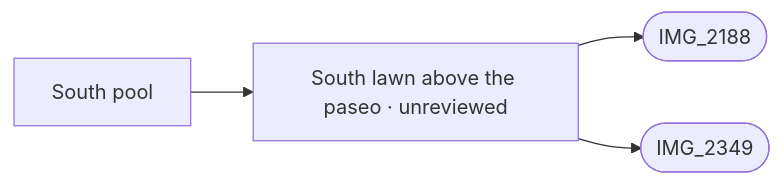
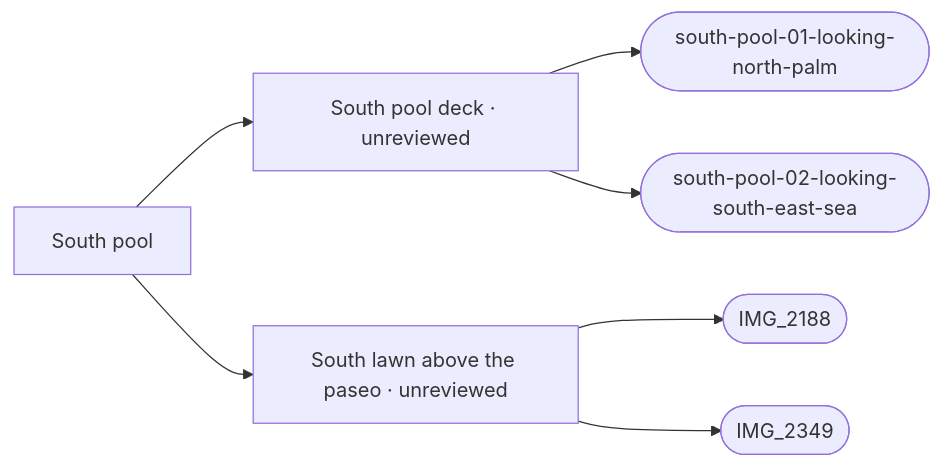
Before and after one commit to daveyboyc/villacana-venture: the diagram in refs/areas/south-pool.md, drawn with Mermaid. The commit also changed other lines of this file and 42 other files, not shown here.

First line of the commit message:
North pool pilot step 4: measured deck band round the small pools

````diff
--- a/refs/areas/south-pool.md
+++ b/refs/areas/south-pool.md
@@ -42,7 +42,10 @@
 ```mermaid
 graph LR
   A["South pool"]
-  A --> F0["South lawn above the paseo · unreviewed"]
-  F0 --> PIMG_2188_jpg(["IMG_2188"])
-  F0 --> PIMG_2349_jpg(["IMG_2349"])
+  A --> F0["South pool deck · unreviewed"]
+  F0 --> Pref_web_south_pool_01_looking_north_palm_jpg(["south-pool-01-looking-north-palm"])
+  F0 --> Pref_web_south_pool_02_looking_south_east_sea_jpg(["south-pool-02-looking-south-east-sea"])
+  A --> F1["South lawn above the paseo · unreviewed"]
+  F1 --> PIMG_2188_jpg(["IMG_2188"])
+  F1 --> PIMG_2349_jpg(["IMG_2349"])
 ```
````
